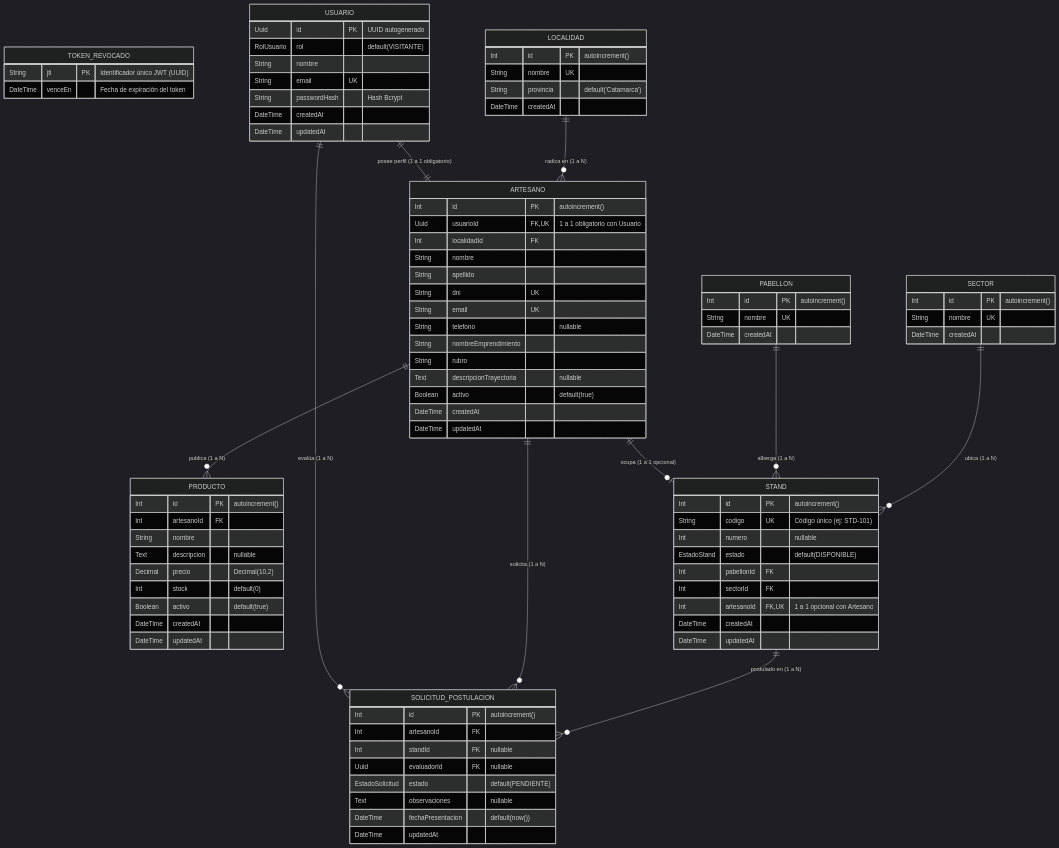
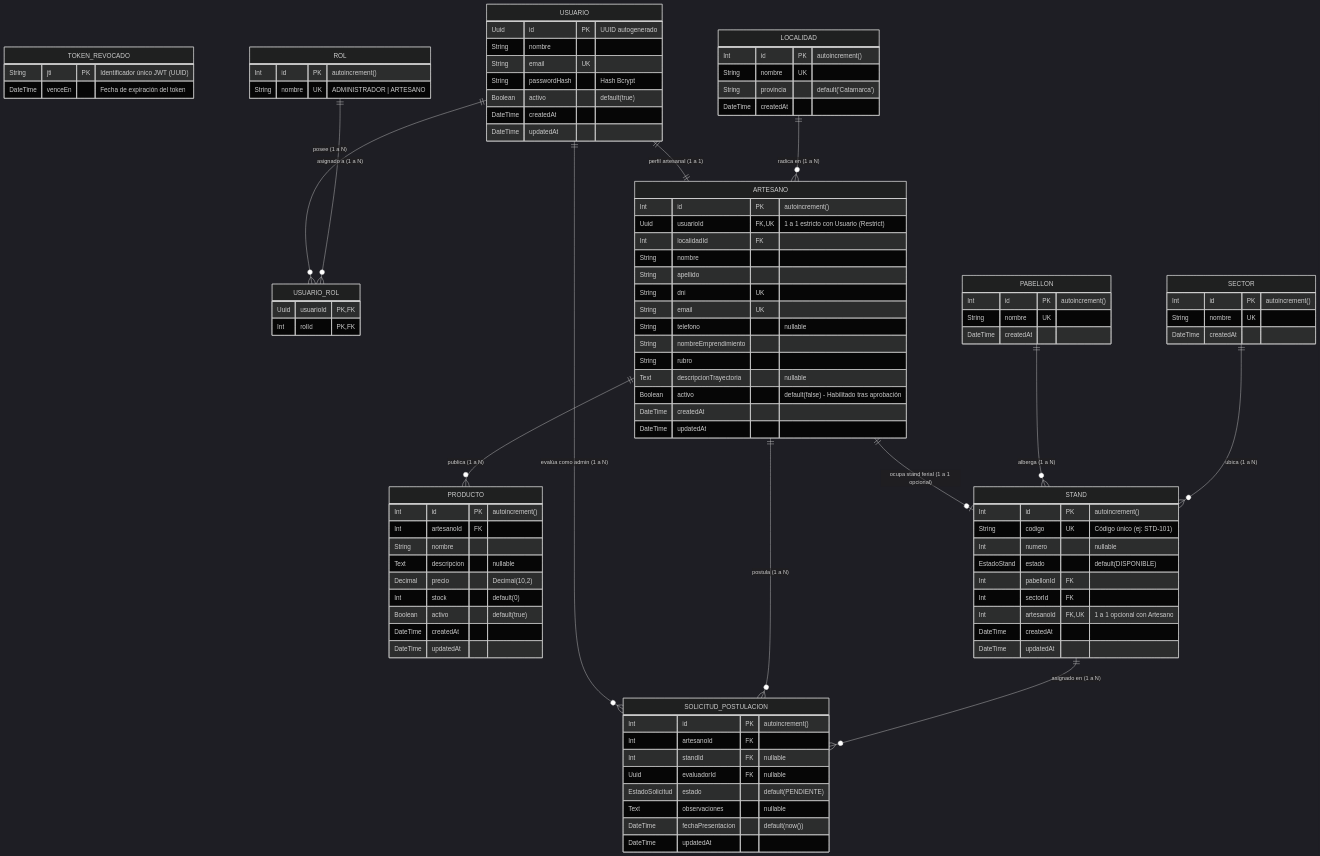
The second of 11 diagrams in documentacionPropia/DOCUMENTACION_COMPLETA.md (LeandroSoria24/Trabajo-de-Laboratorio-BACKEND-2026), drawn with Mermaid (dark theme) before and after one commit. The commit also changed other lines of this file and 39 other files, not shown here.

````diff
--- a/documentacionPropia/DOCUMENTACION_COMPLETA.md
+++ b/documentacionPropia/DOCUMENTACION_COMPLETA.md
@@ -557,12 +614,22 @@
 
     USUARIO {
         Uuid id PK "UUID autogenerado"
-        RolUsuario rol "default(VISITANTE)"
         String nombre
         String email UK
         String passwordHash "Hash Bcrypt"
+        Boolean activo "default(true)"
         DateTime createdAt
         DateTime updatedAt
+    }
+
+    ROL {
+        Int id PK "autoincrement()"
+        String nombre UK "ADMINISTRADOR | ARTESANO"
+    }
+
+    USUARIO_ROL {
+        Uuid usuarioId PK, FK
+        Int rolId PK, FK
     }
 
     LOCALIDAD {
@@ -574,7 +641,7 @@
 
     ARTESANO {
         Int id PK "autoincrement()"
-        Uuid usuarioId FK,UK "1 a 1 obligatorio con Usuario"
+        Uuid usuarioId FK,UK "1 a 1 estricto con Usuario (Restrict)"
         Int localidadId FK
         String nombre
         String apellido
@@ -584,7 +651,7 @@
         String nombreEmprendimiento
         String rubro
         Text descripcionTrayectoria "nullable"
-        Boolean activo "default(true)"
+        Boolean activo "default(false) - Habilitado tras aprobación"
         DateTime createdAt
         DateTime updatedAt
     }
@@ -637,13 +704,15 @@
     }
 
     %% Relaciones
-    USUARIO ||--|| ARTESANO : "posee perfil (1 a 1 obligatorio)"
-    USUARIO ||--o{ SOLICITUD_POSTULACION : "evalúa (1 a N)"
+    USUARIO ||--o{ USUARIO_ROL : "posee (1 a N)"
+    ROL ||--o{ USUARIO_ROL : "asignado a (1 a N)"
+    USUARIO ||--|| ARTESANO : "perfil artesanal (1 a 1)"
+    USUARIO ||--o{ SOLICITUD_POSTULACION : "evalúa como admin (1 a N)"
     LOCALIDAD ||--o{ ARTESANO : "radica en (1 a N)"
     ARTESANO ||--o{ PRODUCTO : "publica (1 a N)"
-    ARTESANO ||--o| STAND : "ocupa (1 a 1 opcional)"
-    ARTESANO ||--o{ SOLICITUD_POSTULACION : "solicita (1 a N)"
+    ARTESANO ||--o| STAND : "ocupa stand ferial (1 a 1 opcional)"
+    ARTESANO ||--o{ SOLICITUD_POSTULACION : "postula (1 a N)"
     PABELLON ||--o{ STAND : "alberga (1 a N)"
     SECTOR ||--o{ STAND : "ubica (1 a N)"
-    STAND ||--o{ SOLICITUD_POSTULACION : "postulado en (1 a N)"
+    STAND ||--o{ SOLICITUD_POSTULACION : "asignado en (1 a N)"
 ```
````
